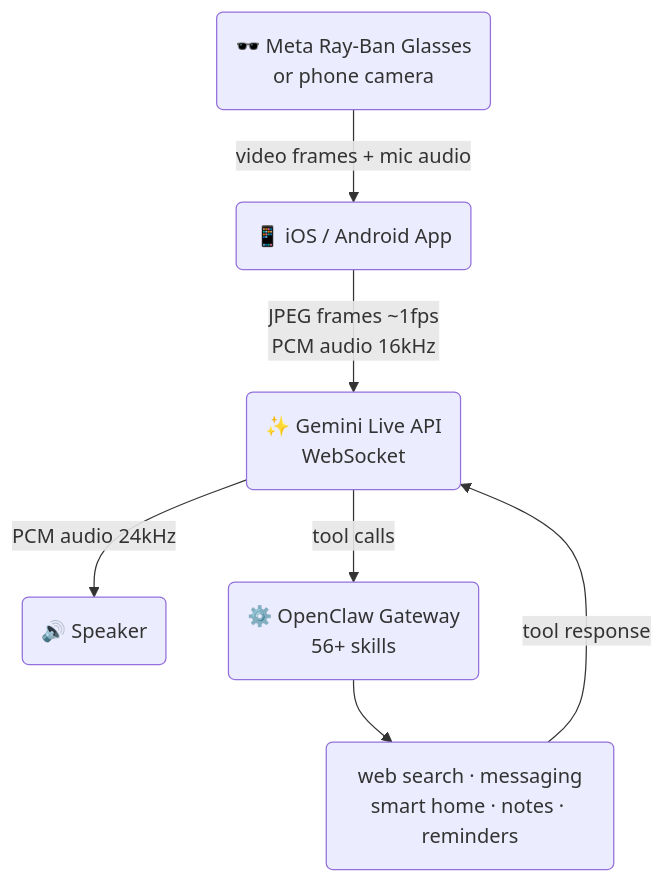
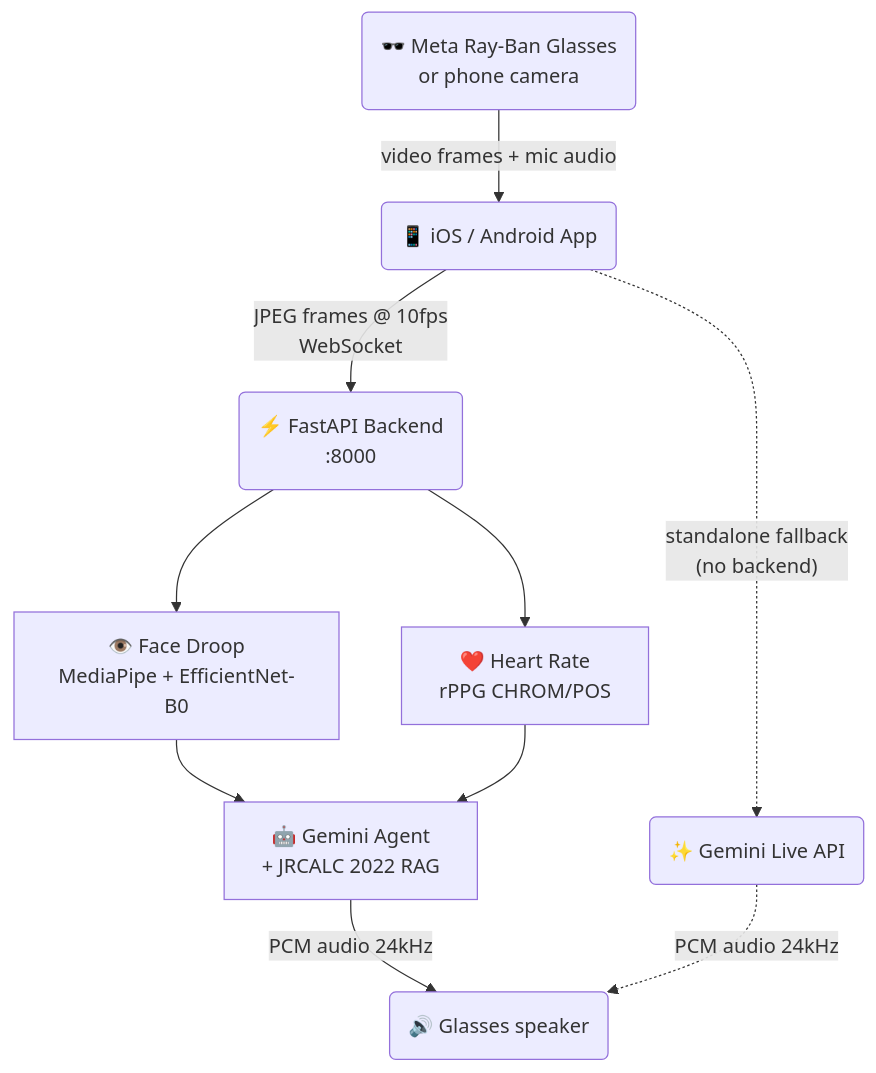
Before and after one commit to safishamsi/FirstSight: the first of 2 diagrams in README.md, drawn with Mermaid. The commit also changed other lines of this file, not shown here.

First line of the commit message:
docs(readme): update architecture diagrams to reflect current backend system

````diff
--- a/README.md
+++ b/README.md
@@ -243,9 +241,13 @@
 ```mermaid
 flowchart TD
     A("🕶️ Meta Ray-Ban Glasses\nor phone camera") -->|video frames + mic audio| B("📱 iOS / Android App")
-    B -->|"JPEG frames ~1fps\nPCM audio 16kHz"| C("✨ Gemini Live API\nWebSocket")
-    C -->|"PCM audio 24kHz"| D("🔊 Speaker")
-    C -->|tool calls| E("⚙️ OpenClaw Gateway\n56+ skills")
-    E --> F("web search · messaging\nsmart home · notes · reminders")
-    F -->|tool response| C
+    B -->|"JPEG frames @ 10fps\nWebSocket"| C("⚡ FastAPI Backend\n:8000")
+    C --> D["👁️ Face Droop\nMediaPipe + EfficientNet-B0"]
+    C --> E["❤️ Heart Rate\nrPPG CHROM/POS"]
+    D --> F["🤖 Gemini Agent\n+ JRCALC 2022 RAG"]
+    E --> F
+    F -->|"PCM audio 24kHz"| G("🔊 Glasses speaker")
+
+    B -.->|"standalone fallback\n(no backend)"| H("✨ Gemini Live API")
+    H -.->|"PCM audio 24kHz"| G
 ```
````
